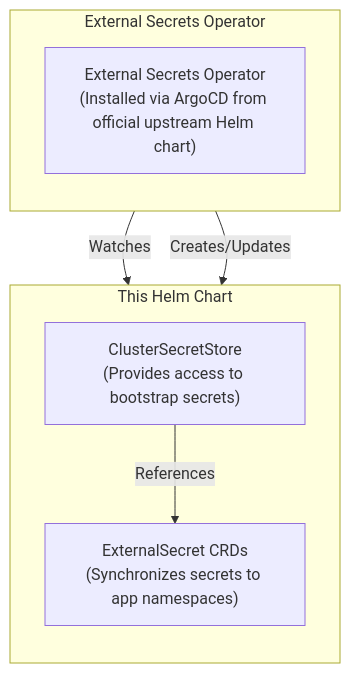
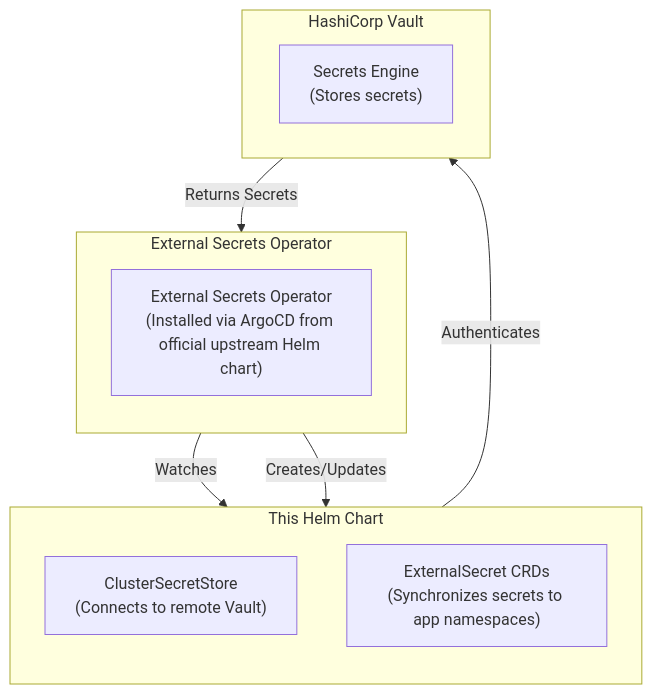
Before and after one commit to ADORSYS-GIS/ai-helm: the first of 2 diagrams in charts/external-secrets/README.md, drawn with Mermaid. The commit also changed other lines of this file and 4 other files, not shown here.

````diff
--- a/charts/external-secrets/README.md
+++ b/charts/external-secrets/README.md
@@ -80,17 +155,22 @@
 ```mermaid
 flowchart TD
     subgraph ESO["External Secrets Operator"]
         direction TB
         ESOOperator["External Secrets Operator<br/>(Installed via ArgoCD from official upstream Helm chart)"]
     end
 
     subgraph ThisChart["This Helm Chart"]
         direction TB
-        CSS["ClusterSecretStore<br/>(Provides access to bootstrap secrets)"]
+        CSS["ClusterSecretStore<br/>(Connects to remote Vault)"]
         ES["ExternalSecret CRDs<br/>(Synchronizes secrets to app namespaces)"]
     end
 
+    subgraph Vault["HashiCorp Vault"]
+        Secrets["Secrets Engine<br/>(Stores secrets)"]
+    end
+
     ESOOperator -->|Watches| CSS
-    CSS -->|References| ES
+    CSS -->|Authenticates| Vault
+    Vault -->|Returns Secrets| ESOOperator
     ESOOperator -->|Creates/Updates| ES
 ```
````
